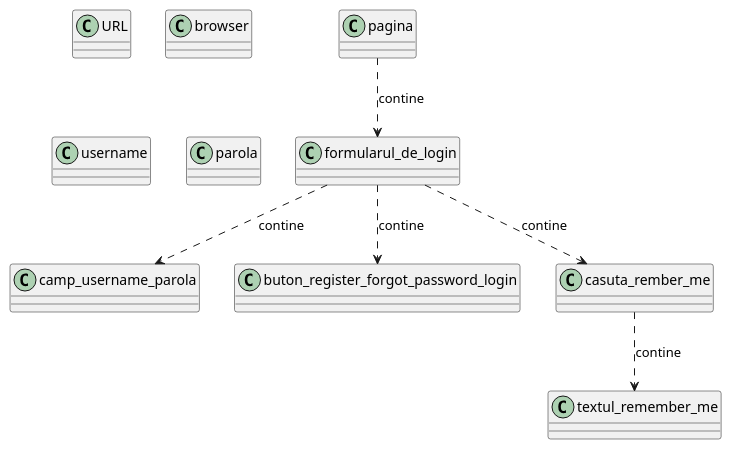
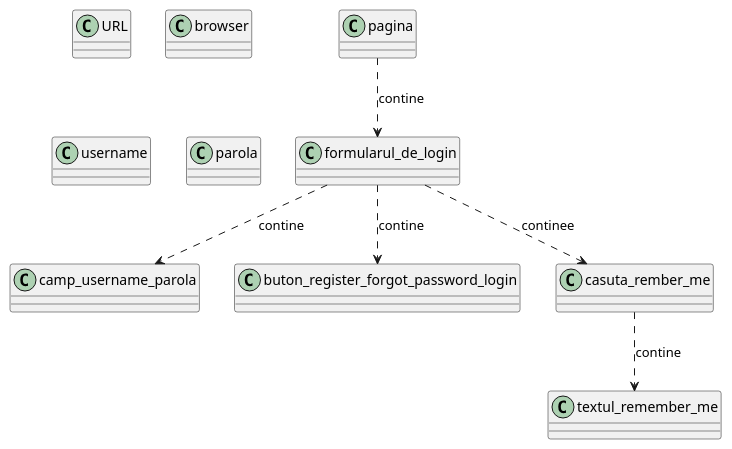
The diagram in Class.puml (Alyc03/SmartCook), drawn with PlantUML before and after one commit. The commit also changed 1 other file, not shown here.

```diff
--- a/Class.puml
+++ b/Class.puml
@@ -1,18 +1,18 @@
 @startuml
 class URL {}
 class browser {}
 class pagina {}
 class formularul_de_login{}
 pagina ..> formularul_de_login :contine
 class camp_username_parola {}
 class username {}
 class parola {}
 class buton_register_forgot_password_login {}
 class casuta_rember_me {}
 class textul_remember_me {}
 casuta_rember_me ..> textul_remember_me :contine
 formularul_de_login ..> camp_username_parola :contine
 formularul_de_login ..> buton_register_forgot_password_login :contine
-formularul_de_login ..> casuta_rember_me :contine
+formularul_de_login ..> casuta_rember_me :continee
 
 @enduml
```
